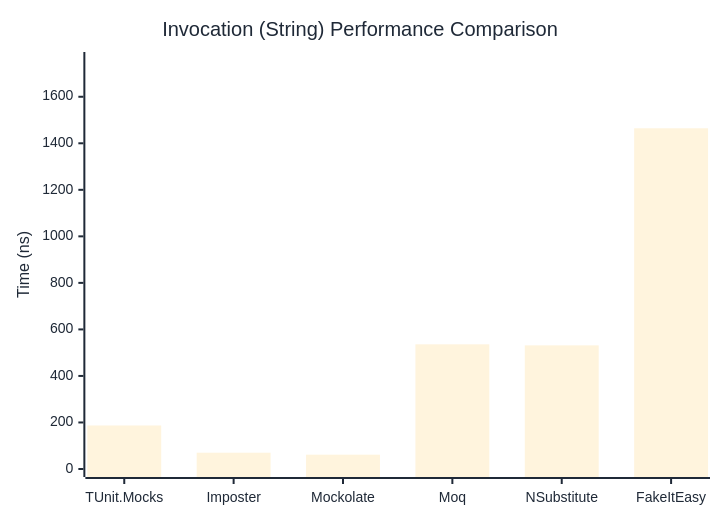
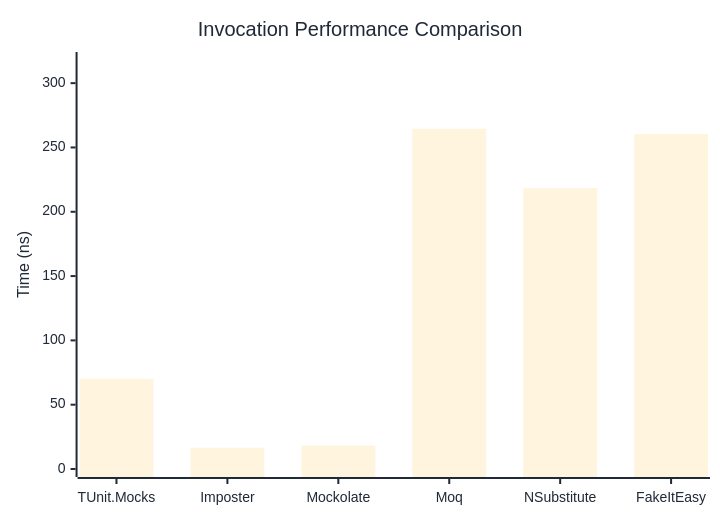
Before and after one commit to thomhurst/TUnit: the second of 3 diagrams in docs/docs/benchmarks/mocks/Invocation.md, drawn with Mermaid. The commit also changed other lines of this file and 14 other files, not shown here.

````diff
--- a/docs/docs/benchmarks/mocks/Invocation.md
+++ b/docs/docs/benchmarks/mocks/Invocation.md
@@ -71,27 +71,27 @@
 ```mermaid
 %%{init: {
   'theme':'base',
   'themeVariables': {
     'primaryColor': '#2563eb',
     'primaryTextColor': '#1f2937',
     'primaryBorderColor': '#1e40af',
     'lineColor': '#6b7280',
     'secondaryColor': '#7c3aed',
     'tertiaryColor': '#dc2626',
     'background': '#ffffff',
     'pie1': '#2563eb',
     'pie2': '#7c3aed',
     'pie3': '#dc2626',
     'pie4': '#f59e0b',
     'pie5': '#10b981',
     'pie6': '#06b6d4',
     'pie7': '#ec4899',
     'pie8': '#6366f1'
   }
 }}%%
 xychart-beta
-  title "Invocation (String) Performance Comparison"
+  title "Invocation Performance Comparison"
   x-axis ["TUnit.Mocks", "Imposter", "Mockolate", "Moq", "NSubstitute", "FakeItEasy"]
-  y-axis "Time (ns)" 0 --> 1758
-  bar [187.12, 70.05, 61.54, 535.89, 531.44, 1464.53]
+  y-axis "Time (ns)" 0 --> 318
+  bar [70.19, 16.55, 18.2, 264.54, 218.37, 260.33]
 ```
````
